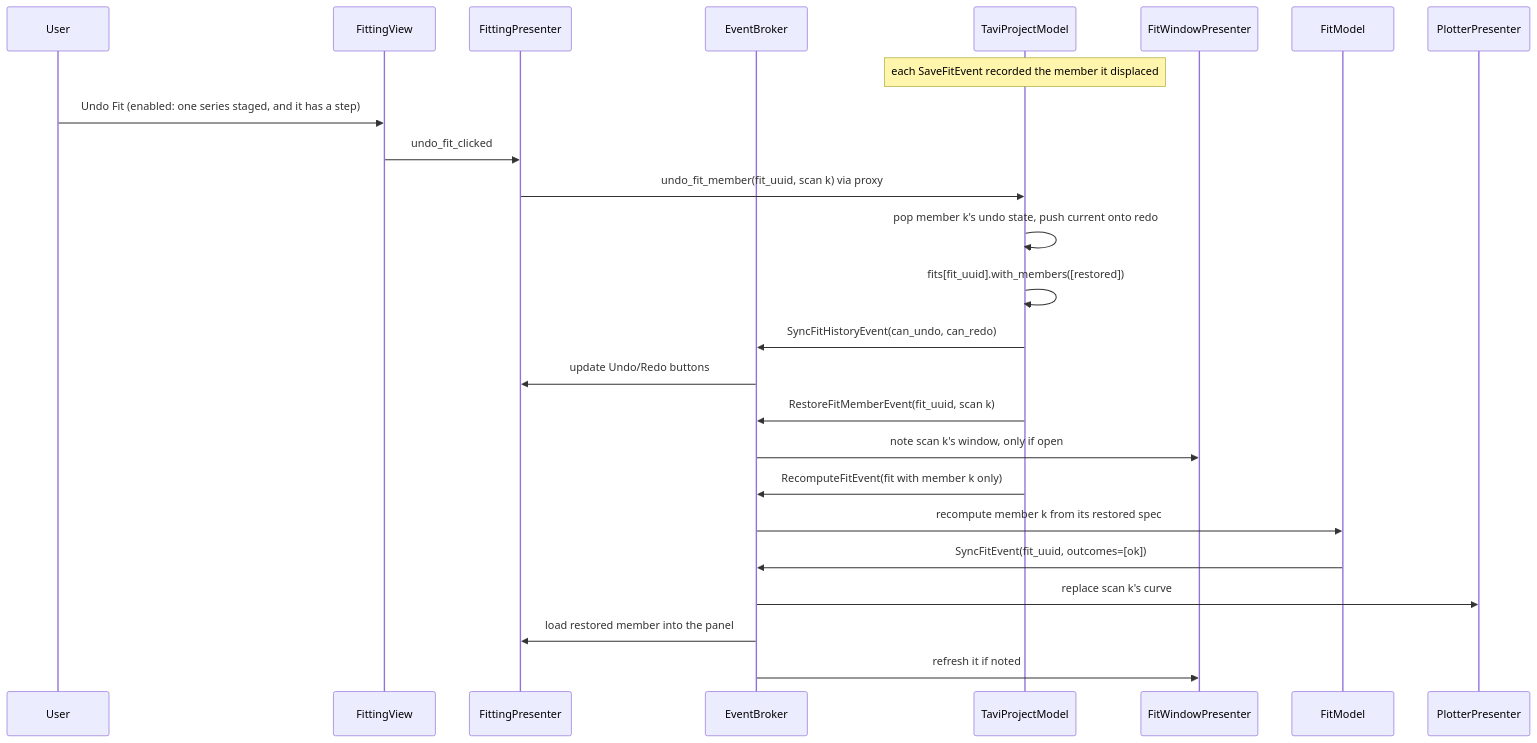
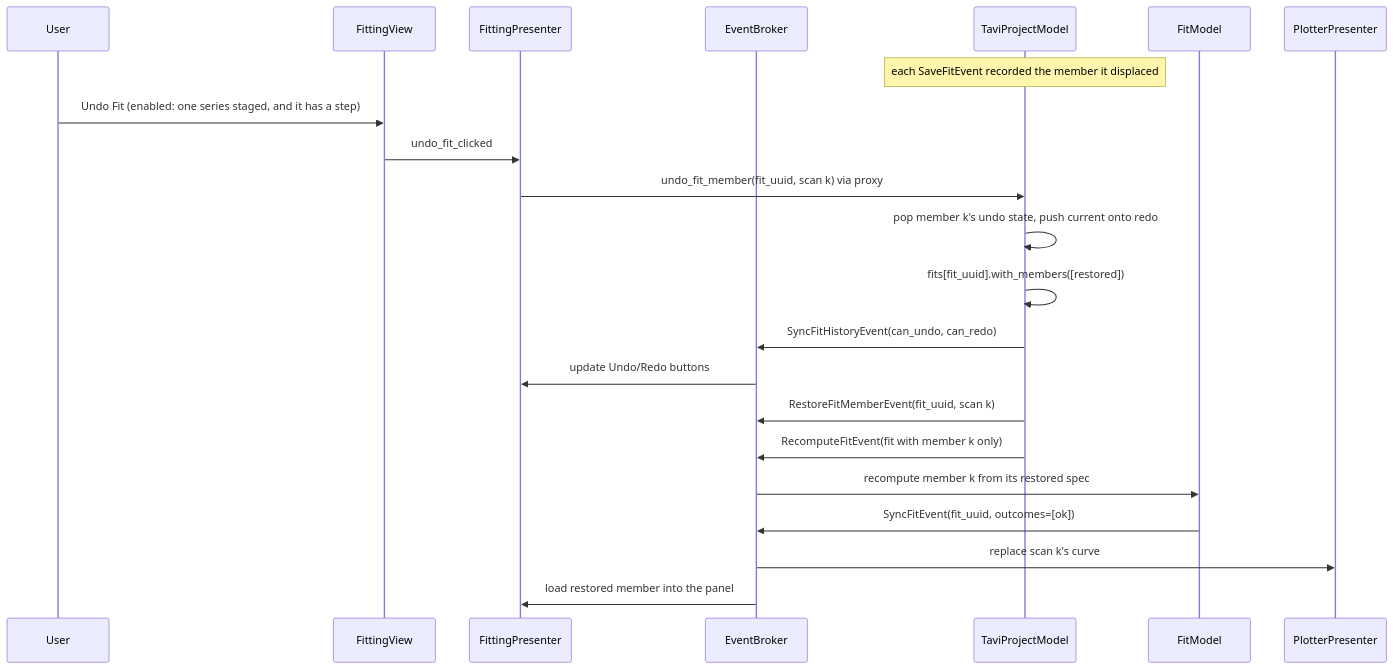
One commit to neutrons/TAVI changed the seventh of 8 diagrams in docs/source/design/frontend/fit_data_model.rst. Above: the diagram before and after it, drawn with Mermaid. The commit also changed other lines of this file and 23 other files, not shown here.

```diff
--- a/docs/source/design/frontend/fit_data_model.rst
+++ b/docs/source/design/frontend/fit_data_model.rst
@@ -488,28 +551,28 @@
 .. mermaid::
 
     sequenceDiagram
         participant User
         participant FittingView
         participant FittingPresenter
         participant EventBroker
         participant TaviProjectModel
-        participant FitWindowPresenter
+        %% Deprecated: participant FitWindowPresenter
         participant FitModel
         participant PlotterPresenter
 
         Note over TaviProjectModel: each SaveFitEvent recorded the member it displaced
         User ->> FittingView: Undo Fit (enabled: one series staged, and it has a step)
         FittingView ->> FittingPresenter: undo_fit_clicked
         FittingPresenter ->> TaviProjectModel: undo_fit_member(fit_uuid, scan k) via proxy
         TaviProjectModel ->> TaviProjectModel: pop member k's undo state, push current onto redo
         TaviProjectModel ->> TaviProjectModel: fits[fit_uuid].with_members([restored])
         TaviProjectModel ->> EventBroker: SyncFitHistoryEvent(can_undo, can_redo)
         EventBroker ->> FittingPresenter: update Undo/Redo buttons
         TaviProjectModel ->> EventBroker: RestoreFitMemberEvent(fit_uuid, scan k)
-        EventBroker ->> FitWindowPresenter: note scan k's window, only if open
+        %% Deprecated: EventBroker ->> FitWindowPresenter: note scan k's window, only if open
         TaviProjectModel ->> EventBroker: RecomputeFitEvent(fit with member k only)
         EventBroker ->> FitModel: recompute member k from its restored spec
         FitModel ->> EventBroker: SyncFitEvent(fit_uuid, outcomes=[ok])
         EventBroker ->> PlotterPresenter: replace scan k's curve
         EventBroker ->> FittingPresenter: load restored member into the panel
-        EventBroker ->> FitWindowPresenter: refresh it if noted
+        %% Deprecated: EventBroker ->> FitWindowPresenter: refresh it if noted
```
